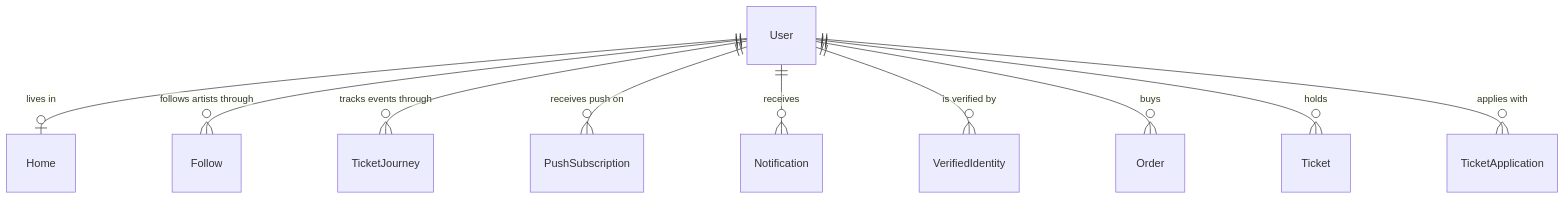
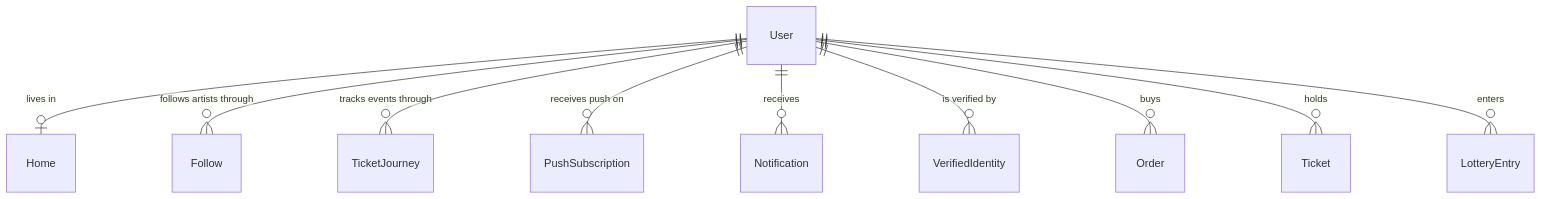
One commit to liverty-music/specification changed the diagram in openspec/specs/components/entity/user/spec.md. Above: the diagram before and after it, drawn with Mermaid. The commit also changed other lines of this file and 4 other files, not shown here.

First line of the commit message:
docs(openspec): name the User user on Order, Ticket and User

````diff
--- a/openspec/specs/components/entity/user/spec.md
+++ b/openspec/specs/components/entity/user/spec.md
@@ -28,12 +30,12 @@
 ```mermaid
 erDiagram
   User ||--o| Home : "lives in"
   User ||--o{ Follow : "follows artists through"
   User ||--o{ TicketJourney : "tracks events through"
   User ||--o{ PushSubscription : "receives push on"
   User ||--o{ Notification : "receives"
   User ||--o{ VerifiedIdentity : "is verified by"
   User ||--o{ Order : "buys"
   User ||--o{ Ticket : "holds"
-  User ||--o{ TicketApplication : "applies with"
+  User ||--o{ LotteryEntry : "enters"
 ```
````
